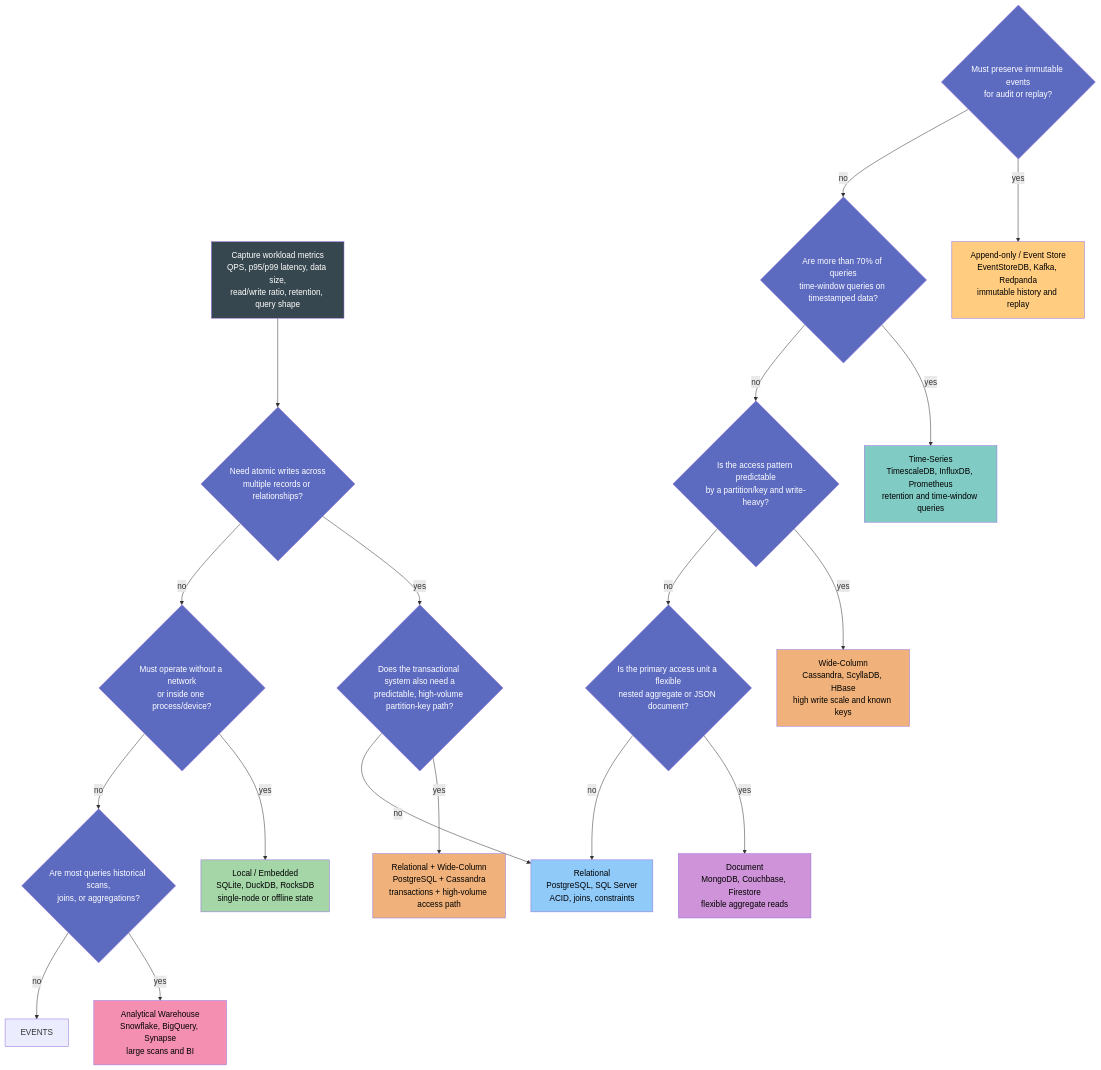
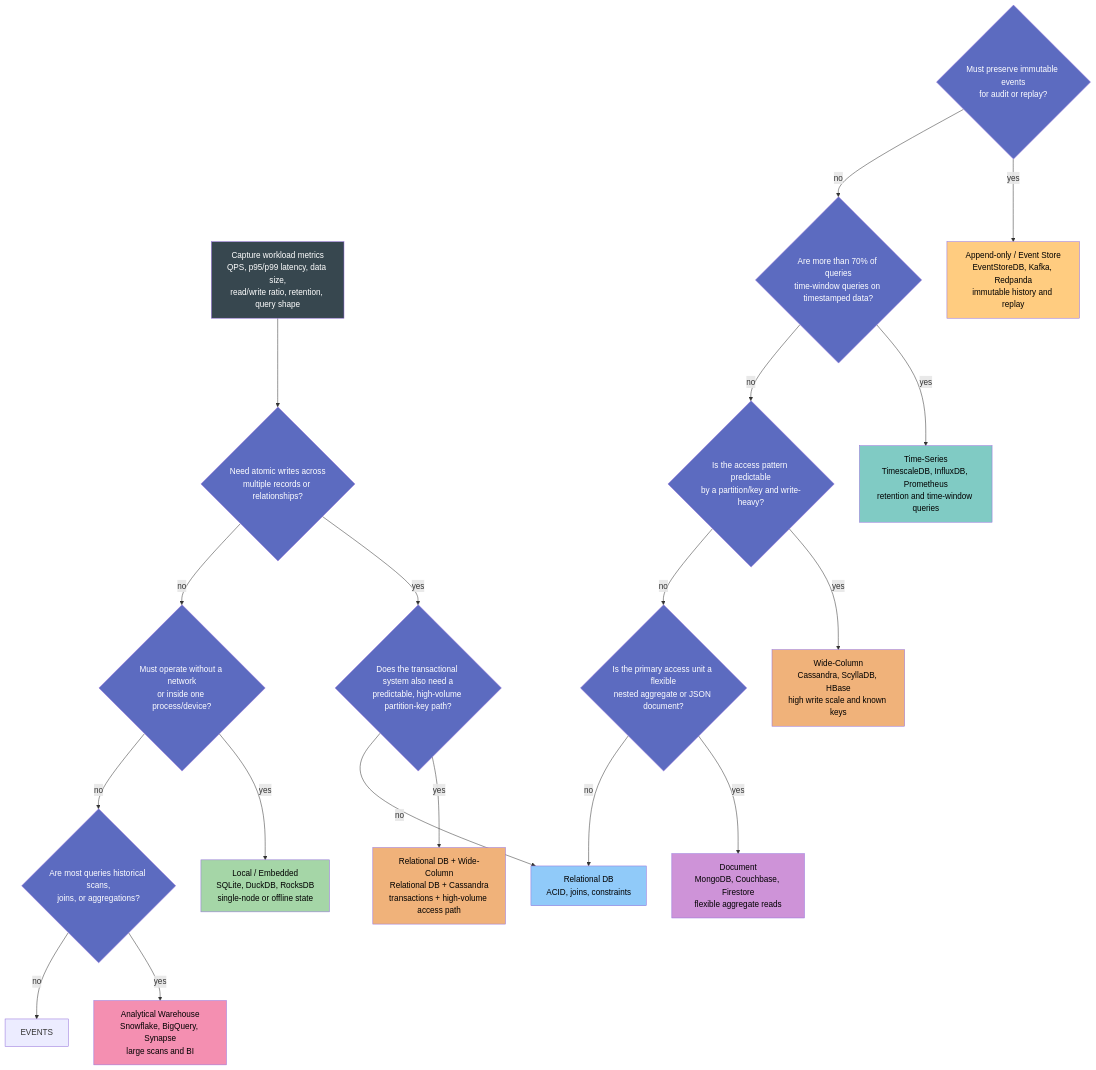
One commit to gurkanindibay/azure_learning changed the second of 7 diagrams in architecture-general/04-data-analytics-ai-architecture/01-data-architecture/03-polyglot-persistence.md. Above: the diagram before and after it, drawn with Mermaid. The commit also changed other lines of this file, not shown here.

````diff
--- a/architecture-general/04-data-analytics-ai-architecture/01-data-architecture/03-polyglot-persistence.md
+++ b/architecture-general/04-data-analytics-ai-architecture/01-data-architecture/03-polyglot-persistence.md
@@ -142,57 +142,57 @@
 ```mermaid
 flowchart TD
     START[Capture workload metrics<br/>QPS, p95/p99 latency, data size,<br/>read/write ratio, retention, query shape]
     TXN{"Need atomic writes across<br/>multiple records or relationships?"}
     TXN_SCALE{"Does the transactional system also need a<br/>predictable, high-volume partition-key path?"}
     LOCAL{"Must operate without a network<br/>or inside one process/device?"}
     ANALYTICS{"Are most queries historical scans,<br/>joins, or aggregations?"}
     IMMUTABLE{"Must preserve immutable events<br/>for audit or replay?"}
     TS{"Are more than 70% of queries<br/>time-window queries on timestamped data?"}
     ACCESS{"Is the access pattern predictable<br/>by a partition/key and write-heavy?"}
     DOC{"Is the primary access unit a flexible<br/>nested aggregate or JSON document?"}
 
-    REL[Relational<br/>PostgreSQL, SQL Server<br/>ACID, joins, constraints]
-    PG_CASS[Relational + Wide-Column<br/>PostgreSQL + Cassandra<br/>transactions + high-volume access path]
+    REL[Relational DB<br/>ACID, joins, constraints]
+    PG_CASS[Relational DB + Wide-Column<br/>Relational DB + Cassandra<br/>transactions + high-volume access path]
     EMBED[Local / Embedded<br/>SQLite, DuckDB, RocksDB<br/>single-node or offline state]
     WH[Analytical Warehouse<br/>Snowflake, BigQuery, Synapse<br/>large scans and BI]
     EVENT[Append-only / Event Store<br/>EventStoreDB, Kafka, Redpanda<br/>immutable history and replay]
     TSDB[Time-Series<br/>TimescaleDB, InfluxDB, Prometheus<br/>retention and time-window queries]
     WIDE[Wide-Column<br/>Cassandra, ScyllaDB, HBase<br/>high write scale and known keys]
     DOCUMENT[Document<br/>MongoDB, Couchbase, Firestore<br/>flexible aggregate reads]
 
     START --> TXN
     TXN -->|yes| TXN_SCALE
     TXN_SCALE -->|yes| PG_CASS
     TXN_SCALE -->|no| REL
     TXN -->|no| LOCAL
     LOCAL -->|yes| EMBED
     LOCAL -->|no| ANALYTICS
     ANALYTICS -->|yes| WH
     ANALYTICS -->|no| EVENTS
     IMMUTABLE -->|yes| EVENT
     IMMUTABLE -->|no| TS
     TS -->|yes| TSDB
     TS -->|no| ACCESS
     ACCESS -->|yes| WIDE
     ACCESS -->|no| DOC
     DOC -->|yes| DOCUMENT
     DOC -->|no| REL
 
     style START fill:#37474f,color:#fff
     style TXN fill:#5c6bc0,color:#fff
     style TXN_SCALE fill:#5c6bc0,color:#fff
     style LOCAL fill:#5c6bc0,color:#fff
     style ANALYTICS fill:#5c6bc0,color:#fff
     style IMMUTABLE fill:#5c6bc0,color:#fff
     style TS fill:#5c6bc0,color:#fff
     style ACCESS fill:#5c6bc0,color:#fff
     style DOC fill:#5c6bc0,color:#fff
     style REL fill:#90caf9,color:#000
     style PG_CASS fill:#f0b27a,color:#000
     style EMBED fill:#a5d6a7,color:#000
     style WH fill:#f48fb1,color:#000
     style EVENT fill:#ffcc80,color:#000
     style TSDB fill:#80cbc4,color:#000
     style WIDE fill:#f0b27a,color:#000
     style DOCUMENT fill:#ce93d8,color:#000
 ```
````
